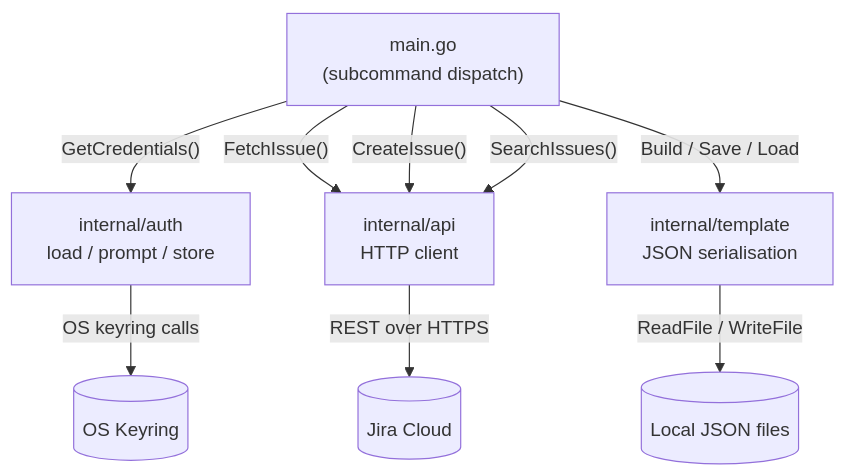
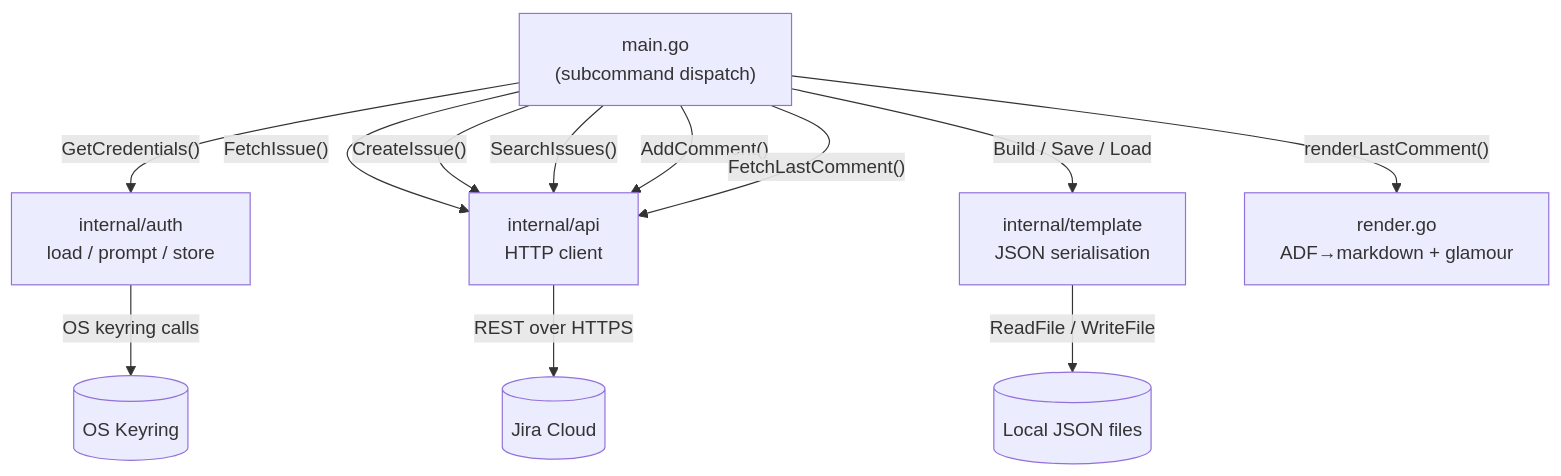
Before and after one commit to poshpaws/jira-thing: the second of 2 diagrams in docs/architecture.md, drawn with Mermaid. The commit also changed other lines of this file and 1 other file, not shown here.

````diff
--- a/docs/architecture.md
+++ b/docs/architecture.md
@@ -64,14 +78,17 @@
 ```mermaid
 flowchart TD
     CLI["main.go\n(subcommand dispatch)"]
 
     CLI -->|"GetCredentials()"| Auth["internal/auth\nload / prompt / store"]
     CLI -->|"FetchIssue()"| API["internal/api\nHTTP client"]
     CLI -->|"CreateIssue()"| API
     CLI -->|"SearchIssues()"| API
+    CLI -->|"AddComment()"| API
+    CLI -->|"FetchLastComment()"| API
     CLI -->|"Build / Save / Load"| Tmpl["internal/template\nJSON serialisation"]
+    CLI -->|"renderLastComment()"| Render["render.go\nADF→markdown + glamour"]
 
     Auth -->|OS keyring calls| KR[(OS Keyring)]
     API  -->|REST over HTTPS| Jira[(Jira Cloud)]
     Tmpl -->|ReadFile / WriteFile| FS[(Local JSON files)]
 ```
````
